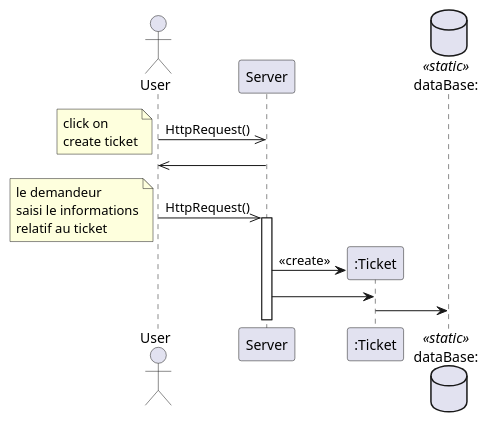
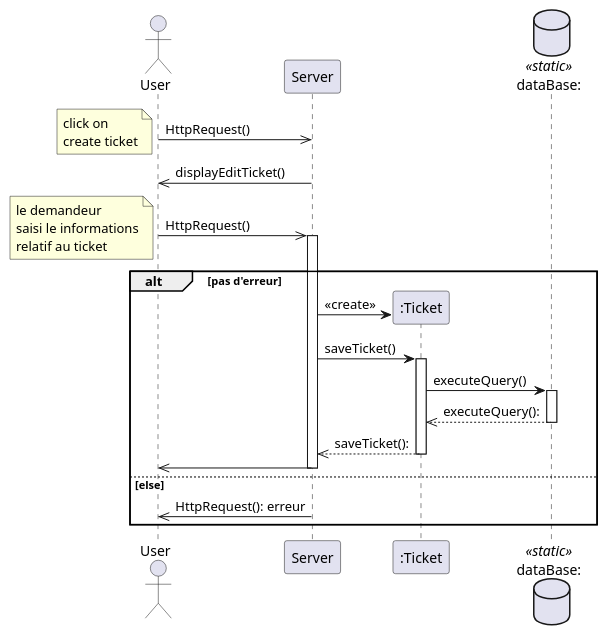
One commit to dorianleveque/CoHub changed the diagram in docs/UML/creer un ticket.puml. Above: the diagram before and after it, drawn with PlantUML. The commit also changed 1 other file, not shown here.

Commit message:
ajout des diagrammes "éditer un ticket" + "créer un ticket"

```diff
--- a/docs/UML/creer un ticket.puml
+++ b/docs/UML/creer un ticket.puml
@@ -1,22 +1,32 @@
 @startuml créer un ticket
 
 actor client as "User" order 1
 participant server as "Server"   order 2
 database bdd as "dataBase:" <<static>> order 4
 
 client ->> server : HttpRequest()
 note left : click on \ncreate ticket
-server ->> client
+server ->> client : displayEditTicket()
 
 client ->> server : HttpRequest()
 note left : le demandeur\nsaisi le informations\nrelatif au ticket
+activate server
 
-activate server
-create ticket as ":Ticket" order 3
-server -> ticket : <<create>>
-
-server -> ticket : 
-
-ticket -> bdd : 
+alt pas d'erreur
+    create ticketClass as ":Ticket" order 3
+    server -> ticketClass : <<create>>
+    server -> ticketClass : saveTicket()
+    activate ticketClass
+    ticketClass -> bdd : executeQuery()
+    activate bdd
+    bdd -->> ticketClass : executeQuery():
+    deactivate bdd
+    ticketClass -->> server : saveTicket():
+    deactivate ticketClass
+    server ->> client
+    deactivate server
+else else
+    server ->> client: HttpRequest(): erreur
+end
 
 @enduml
```
